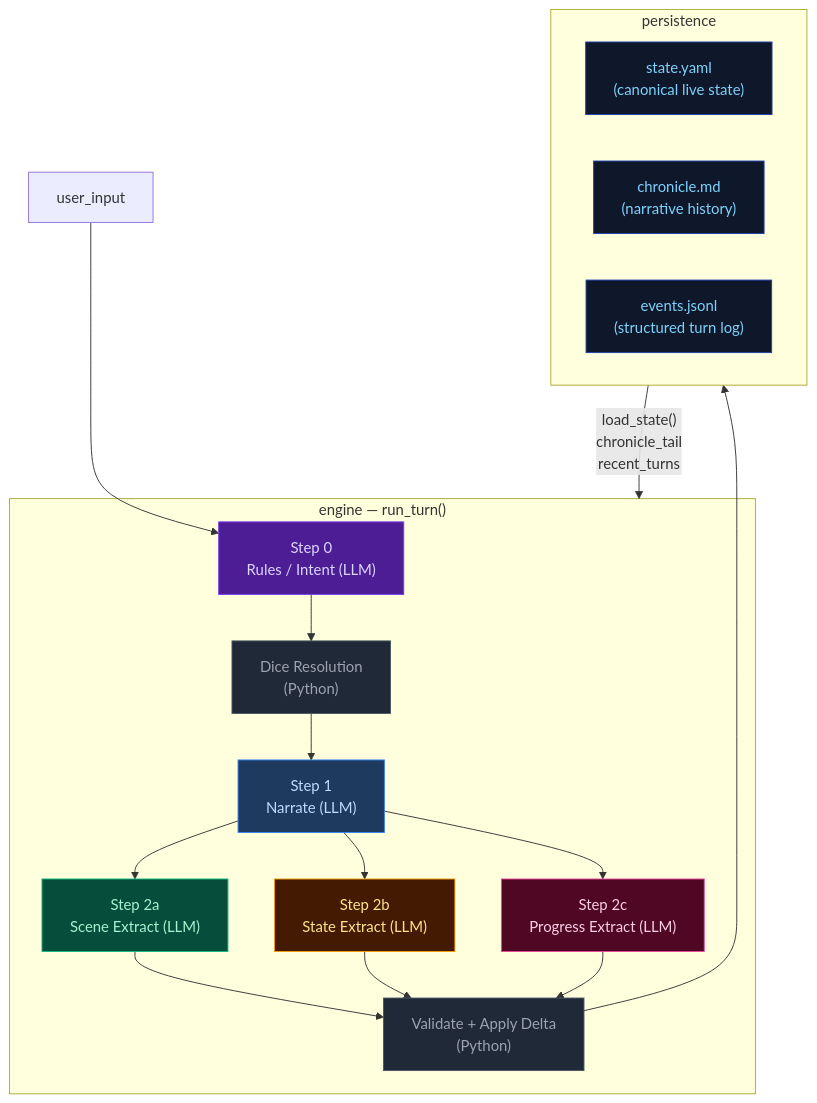
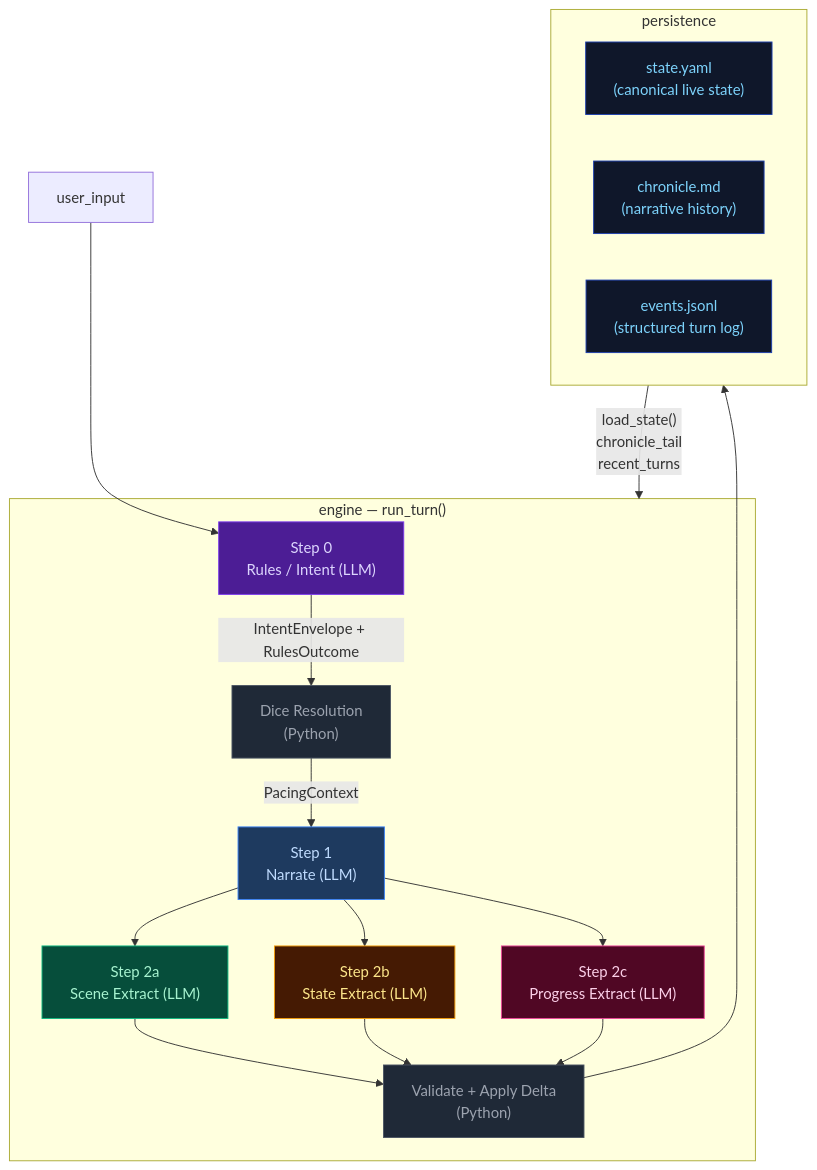
Before and after one commit to pww217/fablethread: the first of 17 diagrams in docs/ARCHITECTURE.md, drawn with Mermaid. The commit also changed other lines of this file and 13 other files, not shown here.

````diff
--- a/docs/ARCHITECTURE.md
+++ b/docs/ARCHITECTURE.md
@@ -28,35 +28,36 @@
 ```mermaid
 flowchart TD
     classDef stageRules    fill:#4c1d95,color:#ddd6fe,stroke:#7c3aed
     classDef stageNarrate  fill:#1e3a5f,color:#bfdbfe,stroke:#3b82f6
     classDef stageScene    fill:#064e3b,color:#a7f3d0,stroke:#10b981
     classDef stageState    fill:#451a03,color:#fde68a,stroke:#f59e0b
     classDef stageProgress fill:#500724,color:#fbcfe8,stroke:#ec4899
     classDef storageNode   fill:#0f172a,color:#7dd3fc,stroke:#1e40af
     classDef pyNode        fill:#1f2937,color:#9ca3af,stroke:#4b5563
 
     USER["user_input"]
 
     subgraph ENGINE["engine — run_turn()"]
         STEP0["Step 0<br>Rules / Intent (LLM)"]:::stageRules
         DICE["Dice Resolution<br>(Python)"]:::pyNode
         STEP1["Step 1<br>Narrate (LLM)"]:::stageNarrate
         STEP2A["Step 2a<br>Scene Extract (LLM)"]:::stageScene
         STEP2B["Step 2b<br>State Extract (LLM)"]:::stageState
         STEP2C["Step 2c<br>Progress Extract (LLM)"]:::stageProgress
         VALIDATE["Validate + Apply Delta<br>(Python)"]:::pyNode
     end
 
     subgraph PERSISTENCE["persistence"]
         STATE["state.yaml<br>(canonical live state)"]:::storageNode
         CHRONICLE["chronicle.md<br>(narrative history)"]:::storageNode
         EVENTS["events.jsonl<br>(structured turn log)"]:::storageNode
     end
 
     USER --> STEP0
-    STEP0 --> DICE --> STEP1
+    STEP0 -- "IntentEnvelope + RulesOutcome" --> DICE
+    DICE -- "PacingContext" --> STEP1
     STEP1 --> STEP2A & STEP2B & STEP2C
     STEP2A & STEP2B & STEP2C --> VALIDATE
     VALIDATE --> PERSISTENCE
     PERSISTENCE -- "load_state()<br>chronicle_tail<br>recent_turns" --> ENGINE
 ```
````
